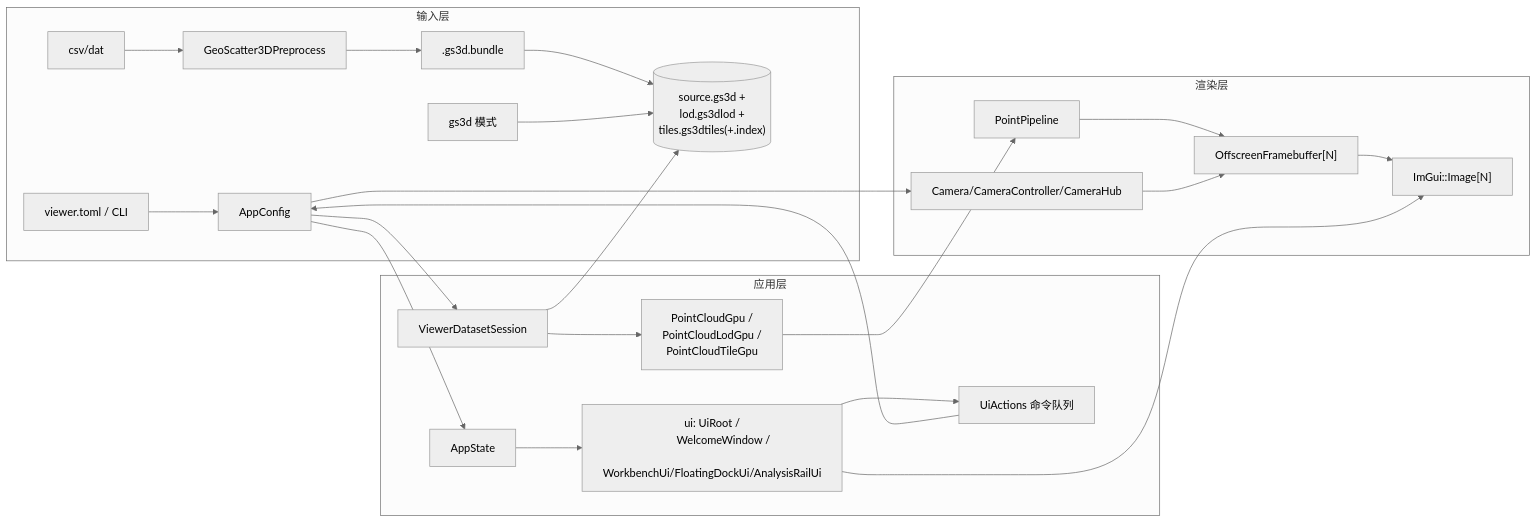
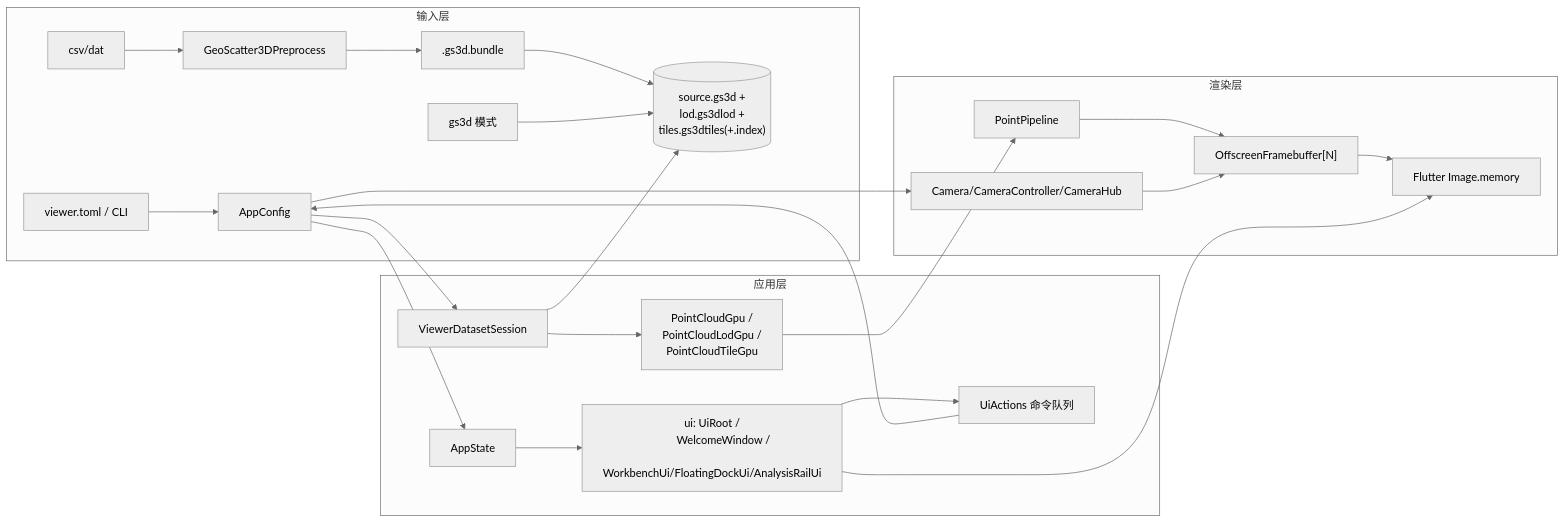
One commit to Iamtianyuyang/GeoScatter3D changed the diagram in docs/architecture.md. Above: the diagram before and after it, drawn with Mermaid (neutral theme). The commit also changed other lines of this file and 107 other files, not shown here.

````diff
--- a/docs/architecture.md
+++ b/docs/architecture.md
@@ -8,36 +8,36 @@
 ```mermaid
 flowchart LR
     subgraph Input["输入层"]
         TOML["viewer.toml / CLI"] --> APP["AppConfig"]
         CSV["csv/dat"] --> PRE["GeoScatter3DPreprocess"]
         PRE --> BND[".gs3d.bundle"]
         BND --> DS[("source.gs3d +
         lod.gs3dlod +
         tiles.gs3dtiles(+.index)")]
         GS3D["gs3d 模式"] --> DS
     end
 
     subgraph App["应用层"]
         APP --> SESSION["ViewerDatasetSession"]
         SESSION --> DS
         SESSION --> GPUCLOUD["PointCloudGpu /
         PointCloudLodGpu /
         PointCloudTileGpu"]
         APP --> STATE["AppState"]
         UI["ui: UiRoot /
         WelcomeWindow /
         WorkbenchUi/FloatingDockUi/AnalysisRailUi"] --> ACTIONS["UiActions 命令队列"]
         ACTIONS --> APP
         STATE --> UI
     end
 
     subgraph Render["渲染层"]
         GPUCLOUD --> PIPE["PointPipeline"]
         PIPE --> OFF["OffscreenFramebuffer[N]"]
-        OFF --> IMG["ImGui::Image[N]"]
+        OFF --> IMG["Flutter Image.memory"]
         CAM["Camera/CameraController/CameraHub"] --> OFF
     end
 
     UI --> IMG
     APP --> CAM
 ```
````
